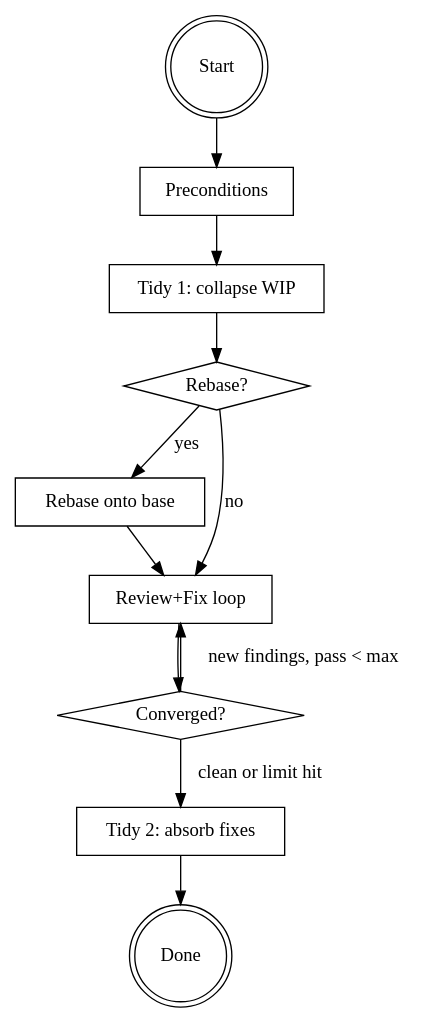
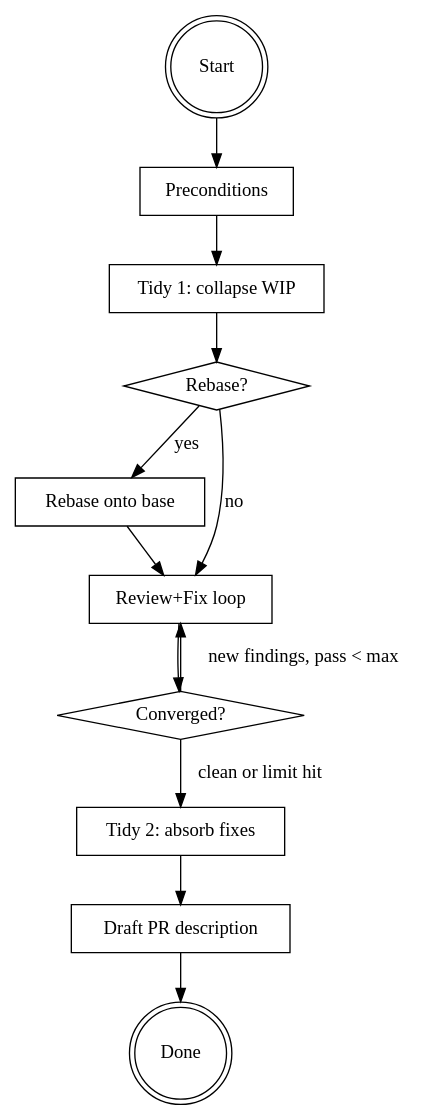
One commit to ipwnponies/dotfiles changed the diagram in .agents/skills/prep-branch/SKILL.md. Above: the diagram before and after it, drawn with Graphviz. The commit also changed other lines of this file and 5 other files, not shown here.

````diff
--- a/.agents/skills/prep-branch/SKILL.md
+++ b/.agents/skills/prep-branch/SKILL.md
@@ -18,25 +18,27 @@
 ```dot
 digraph prep_branch {
   rankdir=TB;
   "Start" [shape=doublecircle];
   "Preconditions" [shape=box];
   "Tidy 1: collapse WIP" [shape=box];
   "Rebase?" [shape=diamond];
   "Rebase onto base" [shape=box];
   "Review+Fix loop" [shape=box];
   "Converged?" [shape=diamond];
   "Tidy 2: absorb fixes" [shape=box];
+  "Draft PR description" [shape=box];
   "Done" [shape=doublecircle];
 
   "Start" -> "Preconditions";
   "Preconditions" -> "Tidy 1: collapse WIP";
   "Tidy 1: collapse WIP" -> "Rebase?";
   "Rebase?" -> "Rebase onto base" [label="yes"];
   "Rebase?" -> "Review+Fix loop" [label="no"];
   "Rebase onto base" -> "Review+Fix loop";
   "Review+Fix loop" -> "Converged?";
   "Converged?" -> "Review+Fix loop" [label="new findings, pass < max"];
   "Converged?" -> "Tidy 2: absorb fixes" [label="clean or limit hit"];
-  "Tidy 2: absorb fixes" -> "Done";
+  "Tidy 2: absorb fixes" -> "Draft PR description";
+  "Draft PR description" -> "Done";
 }
 ```
````
